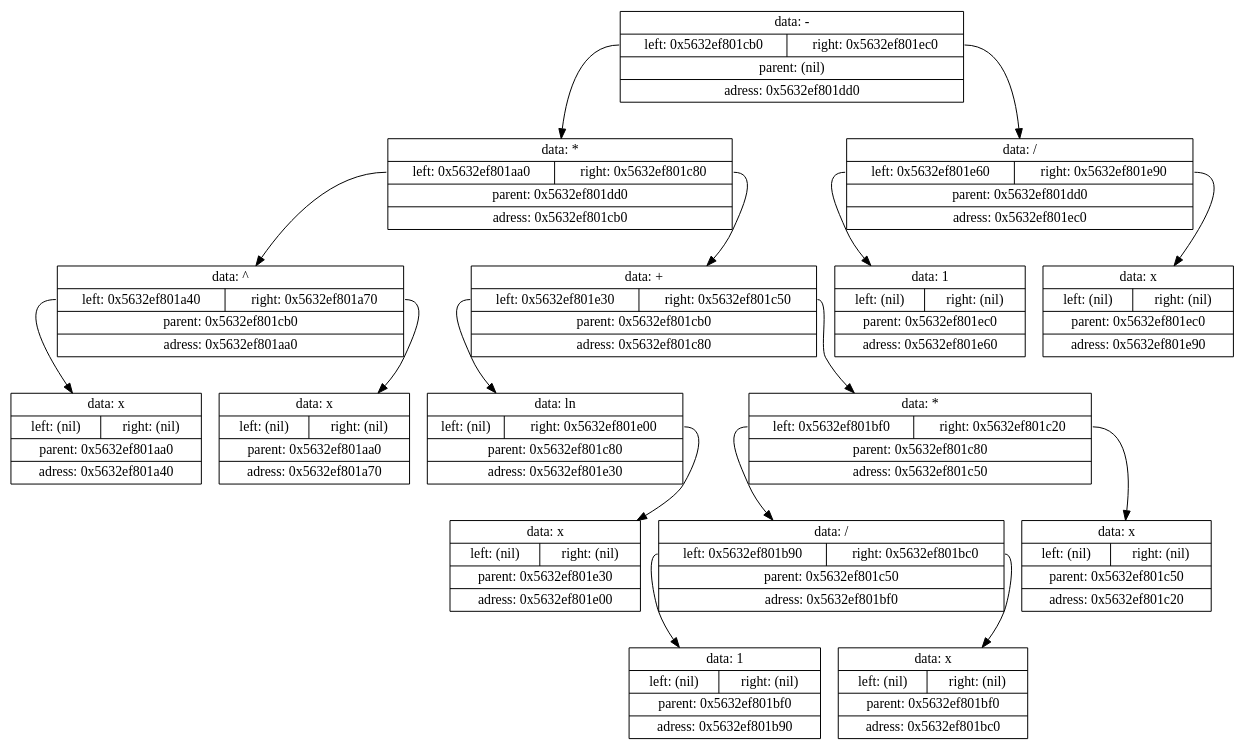
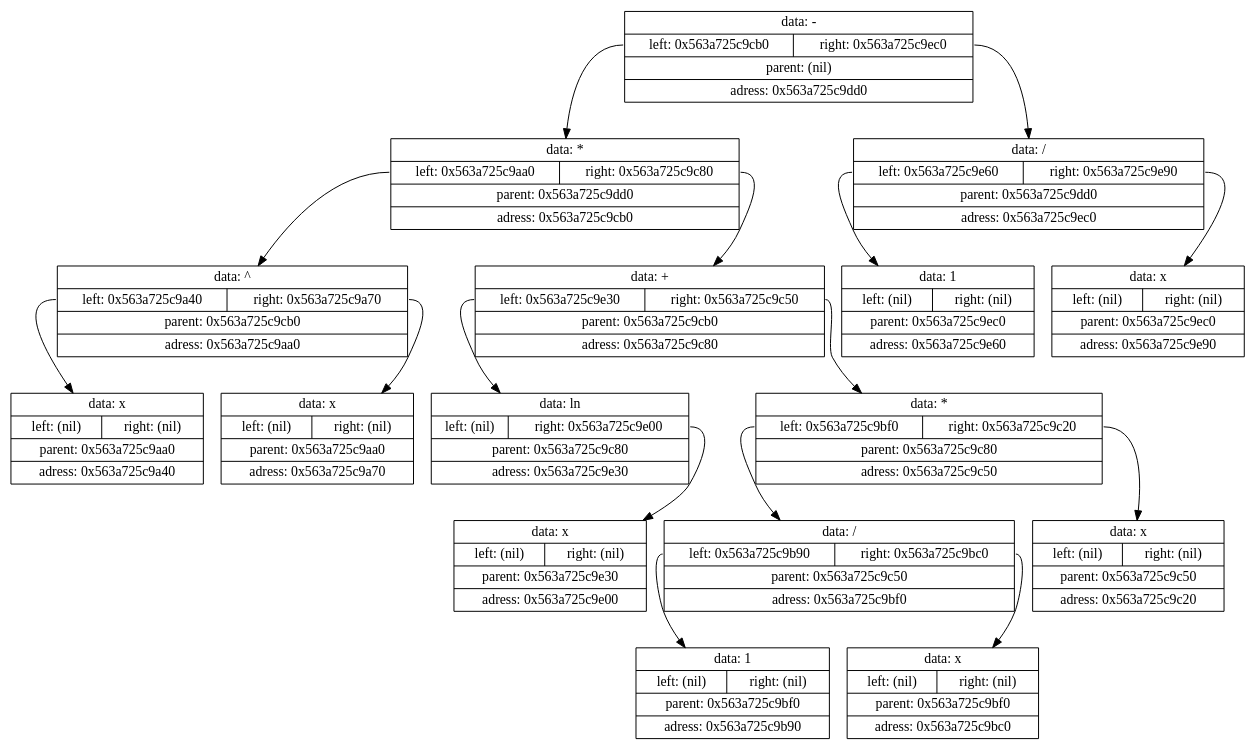
One commit to Shishqa/MIPT_1sem_C_lang changed the diagram in Projects/8.Differenciator/log/tmp/tempautogeneratedlog.gv. Above: the diagram before and after it, drawn with Graphviz. The commit also changed 29 other files, not shown here.

```diff
--- a/Projects/8.Differenciator/log/tmp/tempautogeneratedlog.gv
+++ b/Projects/8.Differenciator/log/tmp/tempautogeneratedlog.gv
@@ -1,35 +1,35 @@
 digraph dump
 {
-	node0x5632ef801dd0 [shape = "record", label = "{<f1>data: -|{<f2>left: 0x5632ef801cb0|<f3>right: 0x5632ef801ec0}|<f4>parent: (nil)|<f5>adress: 0x5632ef801dd0}"];
-	node0x5632ef801cb0 [shape = "record", label = "{<f1>data: *|{<f2>left: 0x5632ef801aa0|<f3>right: 0x5632ef801c80}|<f4>parent: 0x5632ef801dd0|<f5>adress: 0x5632ef801cb0}"];
-	node0x5632ef801aa0 [shape = "record", label = "{<f1>data: ^|{<f2>left: 0x5632ef801a40|<f3>right: 0x5632ef801a70}|<f4>parent: 0x5632ef801cb0|<f5>adress: 0x5632ef801aa0}"];
-	node0x5632ef801a40 [shape = "record", label = "{<f1>data: x|{<f2>left: (nil)|<f3>right: (nil)}|<f4>parent: 0x5632ef801aa0|<f5>adress: 0x5632ef801a40}"];
-	node0x5632ef801aa0:f2 -> node0x5632ef801a40
-	node0x5632ef801a70 [shape = "record", label = "{<f1>data: x|{<f2>left: (nil)|<f3>right: (nil)}|<f4>parent: 0x5632ef801aa0|<f5>adress: 0x5632ef801a70}"];
-	node0x5632ef801aa0:f3 -> node0x5632ef801a70
-	node0x5632ef801cb0:f2 -> node0x5632ef801aa0
-	node0x5632ef801c80 [shape = "record", label = "{<f1>data: +|{<f2>left: 0x5632ef801e30|<f3>right: 0x5632ef801c50}|<f4>parent: 0x5632ef801cb0|<f5>adress: 0x5632ef801c80}"];
-	node0x5632ef801e30 [shape = "record", label = "{<f1>data: ln|{<f2>left: (nil)|<f3>right: 0x5632ef801e00}|<f4>parent: 0x5632ef801c80|<f5>adress: 0x5632ef801e30}"];
-	node0x5632ef801e00 [shape = "record", label = "{<f1>data: x|{<f2>left: (nil)|<f3>right: (nil)}|<f4>parent: 0x5632ef801e30|<f5>adress: 0x5632ef801e00}"];
-	node0x5632ef801e30:f3 -> node0x5632ef801e00
-	node0x5632ef801c80:f2 -> node0x5632ef801e30
-	node0x5632ef801c50 [shape = "record", label = "{<f1>data: *|{<f2>left: 0x5632ef801bf0|<f3>right: 0x5632ef801c20}|<f4>parent: 0x5632ef801c80|<f5>adress: 0x5632ef801c50}"];
-	node0x5632ef801bf0 [shape = "record", label = "{<f1>data: /|{<f2>left: 0x5632ef801b90|<f3>right: 0x5632ef801bc0}|<f4>parent: 0x5632ef801c50|<f5>adress: 0x5632ef801bf0}"];
-	node0x5632ef801b90 [shape = "record", label = "{<f1>data: 1|{<f2>left: (nil)|<f3>right: (nil)}|<f4>parent: 0x5632ef801bf0|<f5>adress: 0x5632ef801b90}"];
-	node0x5632ef801bf0:f2 -> node0x5632ef801b90
-	node0x5632ef801bc0 [shape = "record", label = "{<f1>data: x|{<f2>left: (nil)|<f3>right: (nil)}|<f4>parent: 0x5632ef801bf0|<f5>adress: 0x5632ef801bc0}"];
-	node0x5632ef801bf0:f3 -> node0x5632ef801bc0
-	node0x5632ef801c50:f2 -> node0x5632ef801bf0
-	node0x5632ef801c20 [shape = "record", label = "{<f1>data: x|{<f2>left: (nil)|<f3>right: (nil)}|<f4>parent: 0x5632ef801c50|<f5>adress: 0x5632ef801c20}"];
-	node0x5632ef801c50:f3 -> node0x5632ef801c20
-	node0x5632ef801c80:f3 -> node0x5632ef801c50
-	node0x5632ef801cb0:f3 -> node0x5632ef801c80
-	node0x5632ef801dd0:f2 -> node0x5632ef801cb0
-	node0x5632ef801ec0 [shape = "record", label = "{<f1>data: /|{<f2>left: 0x5632ef801e60|<f3>right: 0x5632ef801e90}|<f4>parent: 0x5632ef801dd0|<f5>adress: 0x5632ef801ec0}"];
-	node0x5632ef801e60 [shape = "record", label = "{<f1>data: 1|{<f2>left: (nil)|<f3>right: (nil)}|<f4>parent: 0x5632ef801ec0|<f5>adress: 0x5632ef801e60}"];
-	node0x5632ef801ec0:f2 -> node0x5632ef801e60
-	node0x5632ef801e90 [shape = "record", label = "{<f1>data: x|{<f2>left: (nil)|<f3>right: (nil)}|<f4>parent: 0x5632ef801ec0|<f5>adress: 0x5632ef801e90}"];
-	node0x5632ef801ec0:f3 -> node0x5632ef801e90
-	node0x5632ef801dd0:f3 -> node0x5632ef801ec0
+	node0x563a725c9dd0 [shape = "record", label = "{<f1>data: -|{<f2>left: 0x563a725c9cb0|<f3>right: 0x563a725c9ec0}|<f4>parent: (nil)|<f5>adress: 0x563a725c9dd0}"];
+	node0x563a725c9cb0 [shape = "record", label = "{<f1>data: *|{<f2>left: 0x563a725c9aa0|<f3>right: 0x563a725c9c80}|<f4>parent: 0x563a725c9dd0|<f5>adress: 0x563a725c9cb0}"];
+	node0x563a725c9aa0 [shape = "record", label = "{<f1>data: ^|{<f2>left: 0x563a725c9a40|<f3>right: 0x563a725c9a70}|<f4>parent: 0x563a725c9cb0|<f5>adress: 0x563a725c9aa0}"];
+	node0x563a725c9a40 [shape = "record", label = "{<f1>data: x|{<f2>left: (nil)|<f3>right: (nil)}|<f4>parent: 0x563a725c9aa0|<f5>adress: 0x563a725c9a40}"];
+	node0x563a725c9aa0:f2 -> node0x563a725c9a40
+	node0x563a725c9a70 [shape = "record", label = "{<f1>data: x|{<f2>left: (nil)|<f3>right: (nil)}|<f4>parent: 0x563a725c9aa0|<f5>adress: 0x563a725c9a70}"];
+	node0x563a725c9aa0:f3 -> node0x563a725c9a70
+	node0x563a725c9cb0:f2 -> node0x563a725c9aa0
+	node0x563a725c9c80 [shape = "record", label = "{<f1>data: +|{<f2>left: 0x563a725c9e30|<f3>right: 0x563a725c9c50}|<f4>parent: 0x563a725c9cb0|<f5>adress: 0x563a725c9c80}"];
+	node0x563a725c9e30 [shape = "record", label = "{<f1>data: ln|{<f2>left: (nil)|<f3>right: 0x563a725c9e00}|<f4>parent: 0x563a725c9c80|<f5>adress: 0x563a725c9e30}"];
+	node0x563a725c9e00 [shape = "record", label = "{<f1>data: x|{<f2>left: (nil)|<f3>right: (nil)}|<f4>parent: 0x563a725c9e30|<f5>adress: 0x563a725c9e00}"];
+	node0x563a725c9e30:f3 -> node0x563a725c9e00
+	node0x563a725c9c80:f2 -> node0x563a725c9e30
+	node0x563a725c9c50 [shape = "record", label = "{<f1>data: *|{<f2>left: 0x563a725c9bf0|<f3>right: 0x563a725c9c20}|<f4>parent: 0x563a725c9c80|<f5>adress: 0x563a725c9c50}"];
+	node0x563a725c9bf0 [shape = "record", label = "{<f1>data: /|{<f2>left: 0x563a725c9b90|<f3>right: 0x563a725c9bc0}|<f4>parent: 0x563a725c9c50|<f5>adress: 0x563a725c9bf0}"];
+	node0x563a725c9b90 [shape = "record", label = "{<f1>data: 1|{<f2>left: (nil)|<f3>right: (nil)}|<f4>parent: 0x563a725c9bf0|<f5>adress: 0x563a725c9b90}"];
+	node0x563a725c9bf0:f2 -> node0x563a725c9b90
+	node0x563a725c9bc0 [shape = "record", label = "{<f1>data: x|{<f2>left: (nil)|<f3>right: (nil)}|<f4>parent: 0x563a725c9bf0|<f5>adress: 0x563a725c9bc0}"];
+	node0x563a725c9bf0:f3 -> node0x563a725c9bc0
+	node0x563a725c9c50:f2 -> node0x563a725c9bf0
+	node0x563a725c9c20 [shape = "record", label = "{<f1>data: x|{<f2>left: (nil)|<f3>right: (nil)}|<f4>parent: 0x563a725c9c50|<f5>adress: 0x563a725c9c20}"];
+	node0x563a725c9c50:f3 -> node0x563a725c9c20
+	node0x563a725c9c80:f3 -> node0x563a725c9c50
+	node0x563a725c9cb0:f3 -> node0x563a725c9c80
+	node0x563a725c9dd0:f2 -> node0x563a725c9cb0
+	node0x563a725c9ec0 [shape = "record", label = "{<f1>data: /|{<f2>left: 0x563a725c9e60|<f3>right: 0x563a725c9e90}|<f4>parent: 0x563a725c9dd0|<f5>adress: 0x563a725c9ec0}"];
+	node0x563a725c9e60 [shape = "record", label = "{<f1>data: 1|{<f2>left: (nil)|<f3>right: (nil)}|<f4>parent: 0x563a725c9ec0|<f5>adress: 0x563a725c9e60}"];
+	node0x563a725c9ec0:f2 -> node0x563a725c9e60
+	node0x563a725c9e90 [shape = "record", label = "{<f1>data: x|{<f2>left: (nil)|<f3>right: (nil)}|<f4>parent: 0x563a725c9ec0|<f5>adress: 0x563a725c9e90}"];
+	node0x563a725c9ec0:f3 -> node0x563a725c9e90
+	node0x563a725c9dd0:f3 -> node0x563a725c9ec0
 
 }
```
